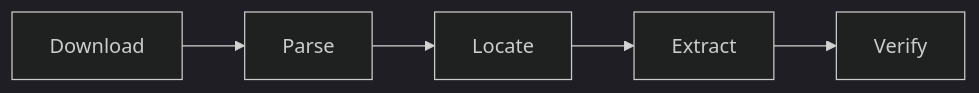
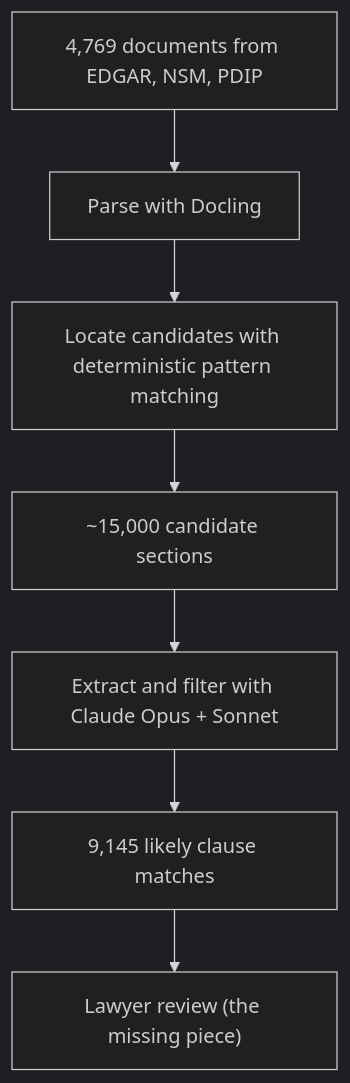
One commit to Teal-Insights/sovereign-prospectus-corpus changed the diagram in demo/appendix-technical.qmd. Above: the diagram before and after it, drawn with Mermaid (dark theme). The commit also changed other lines of this file and 5 other files, not shown here.

First line of the commit message:
docs: merge appendices — technical details (funnel diagram) + SovTech

````diff
--- a/demo/appendix-technical.qmd
+++ b/demo/appendix-technical.qmd
@@ -3,8 +5,10 @@
 ```{mermaid}
-%%| fig-cap: "Pipeline stages from raw filings to verified clause extractions."
-flowchart LR
-    A["Download"] --> B["Parse"]
-    B --> C["Locate"]
-    C --> D["Extract"]
-    D --> E["Verify"]
+%%| fig-cap: "Each stage narrows the funnel. Lawyers only see the most likely matches."
+flowchart TD
+    A["4,769 documents from EDGAR, NSM, PDIP"] --> B["Parse with Docling"]
+    B --> C["Locate candidates with deterministic pattern matching"]
+    C --> D["~15,000 candidate sections"]
+    D --> E["Extract and filter with Claude Opus + Sonnet"]
+    E --> F["9,145 likely clause matches"]
+    F --> G["Lawyer review (the missing piece)"]
 ```
````
